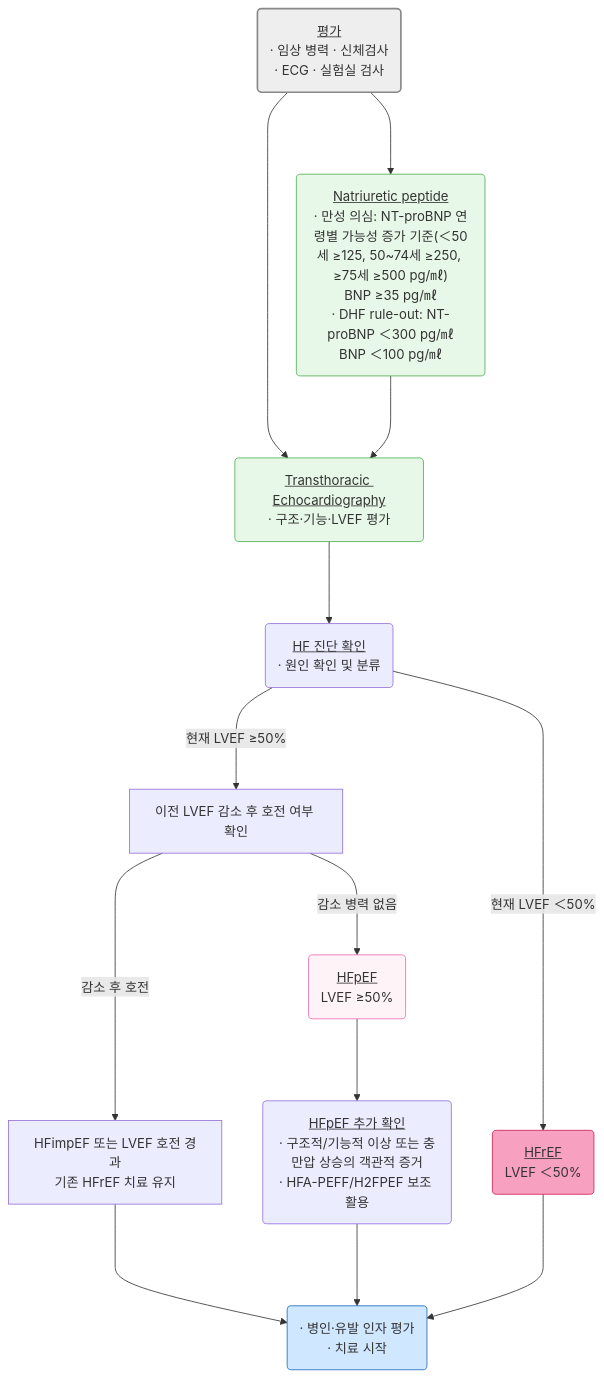
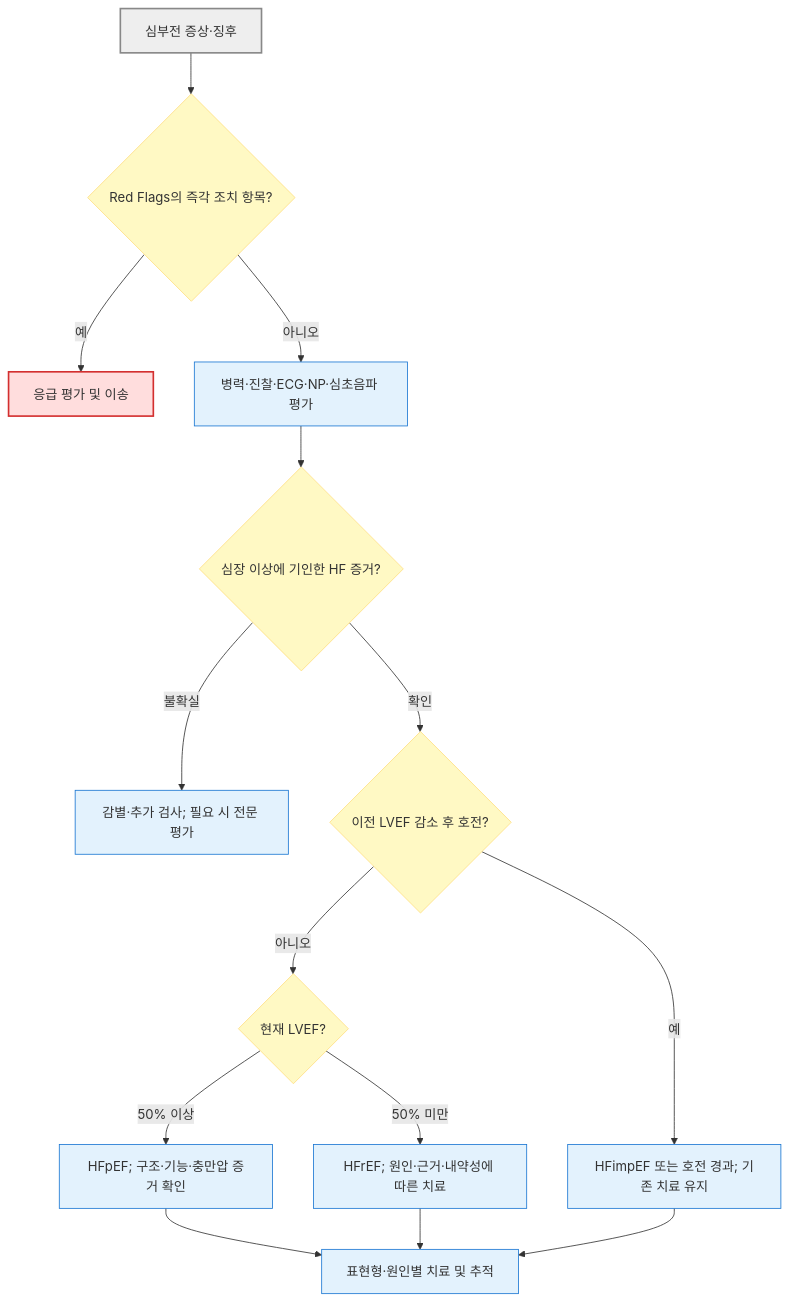
The first of 2 diagrams in 225_/098_-heart-failure.md (familyoh77/familyoh77), drawn with Mermaid before and after one commit. The commit also changed other lines of this file and 5 other files, not shown here.

````diff
--- a/225_/098_-heart-failure.md
+++ b/225_/098_-heart-failure.md
@@ -140,29 +128,23 @@
 ```mermaid
-graph TD
-    A("<u>평가</u>\n· 임상 병력 · 신체검사\n· ECG · 실험실 검사")
-style A fill:#eeeeee,stroke:#888888,stroke-width:2px
-    B("<u>Natriuretic peptide</u>\n· 만성 의심: NT-proBNP 연령별 가능성 증가 기준(＜50세 ≥125, 50~74세 ≥250, ≥75세 ≥500 pg/㎖)\nBNP ≥35 pg/㎖\n· DHF rule-out: NT-proBNP ＜300 pg/㎖\nBNP ＜100 pg/㎖")
-    C("<u>Transthoracic Echocardiography</u>\n· 구조·기능·LVEF 평가")
-classDef lightGreen fill:#e8f8e8,stroke:#4caf50
-class B,C lightGreen
-    D("<u>HF 진단 확인</u>\n· 원인 확인 및 분류")
-    G("<u>HFrEF</u>\nLVEF ＜50%")
-    E("<u>HFpEF</u>\nLVEF ≥50%")
-style E fill:#fef4f8,stroke:#f06baf
-style G fill:#f8a0c0,stroke:#d01f5a
-    HFPEF_DIAG("<u>HFpEF 추가 확인</u>\n· 구조적/기능적 이상 또는 충만압 상승의 객관적 증거\n· HFA-PEFF/H2FPEF 보조 활용")
-    H("· 병인·유발 인자 평가\n· 치료 시작")
-style H fill:#d0e8ff,stroke:#1a6abf
-    A ---> B
-    A ---> C
-    B ---> C
-    C ---> D
-    D --->|현재 LVEF ＜50%| G
-    D --->|현재 LVEF ≥50%| EFHISTORY["이전 LVEF 감소 후 호전 여부 확인"]
-    EFHISTORY --->|감소 병력 없음| E
-    EFHISTORY --->|감소 후 호전| IMP["HFimpEF 또는 LVEF 호전 경과\n기존 HFrEF 치료 유지"]
-    IMP ---> H
-    E ---> HFPEF_DIAG
-    HFPEF_DIAG ---> H
-    G ---> H
+flowchart TD
+    A["심부전 증상·징후"] --> R{"Red Flags의 즉각 조치 항목?"}
+    R -->|"예"| U["응급 평가 및 이송"]
+    R -->|"아니오"| B["병력·진찰·ECG·NP·심초음파 평가"]
+    B --> C{"심장 이상에 기인한 HF 증거?"}
+    C -->|"불확실"| D["감별·추가 검사; 필요 시 전문 평가"]
+    C -->|"확인"| E{"이전 LVEF 감소 후 호전?"}
+    E -->|"예"| F["HFimpEF 또는 호전 경과; 기존 치료 유지"]
+    E -->|"아니오"| G{"현재 LVEF?"}
+    G -->|"50% 미만"| H["HFrEF; 원인·근거·내약성에 따른 치료"]
+    G -->|"50% 이상"| I["HFpEF; 구조·기능·충만압 증거 확인"]
+    I --> J["표현형·원인별 치료 및 추적"]
+    H --> J
+    F --> J
+    classDef question fill:#fff9c4,stroke:#ffe082
+    classDef treatment fill:#e3f2fd,stroke:#1976d2
+    classDef emergency fill:#ffdddd,stroke:#d32f2f,stroke-width:2px
+    class R,C,E,G question
+    class B,D,F,H,I,J treatment
+    class U emergency
+    style A fill:#eeeeee,stroke:#888888,stroke-width:2px
 ```
````
